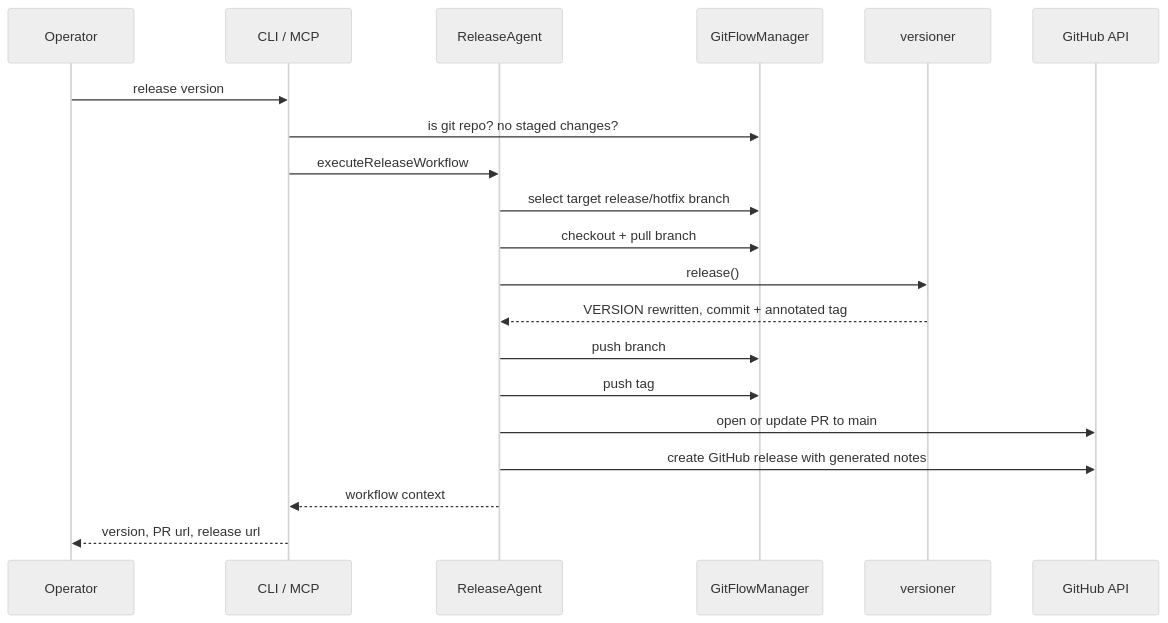
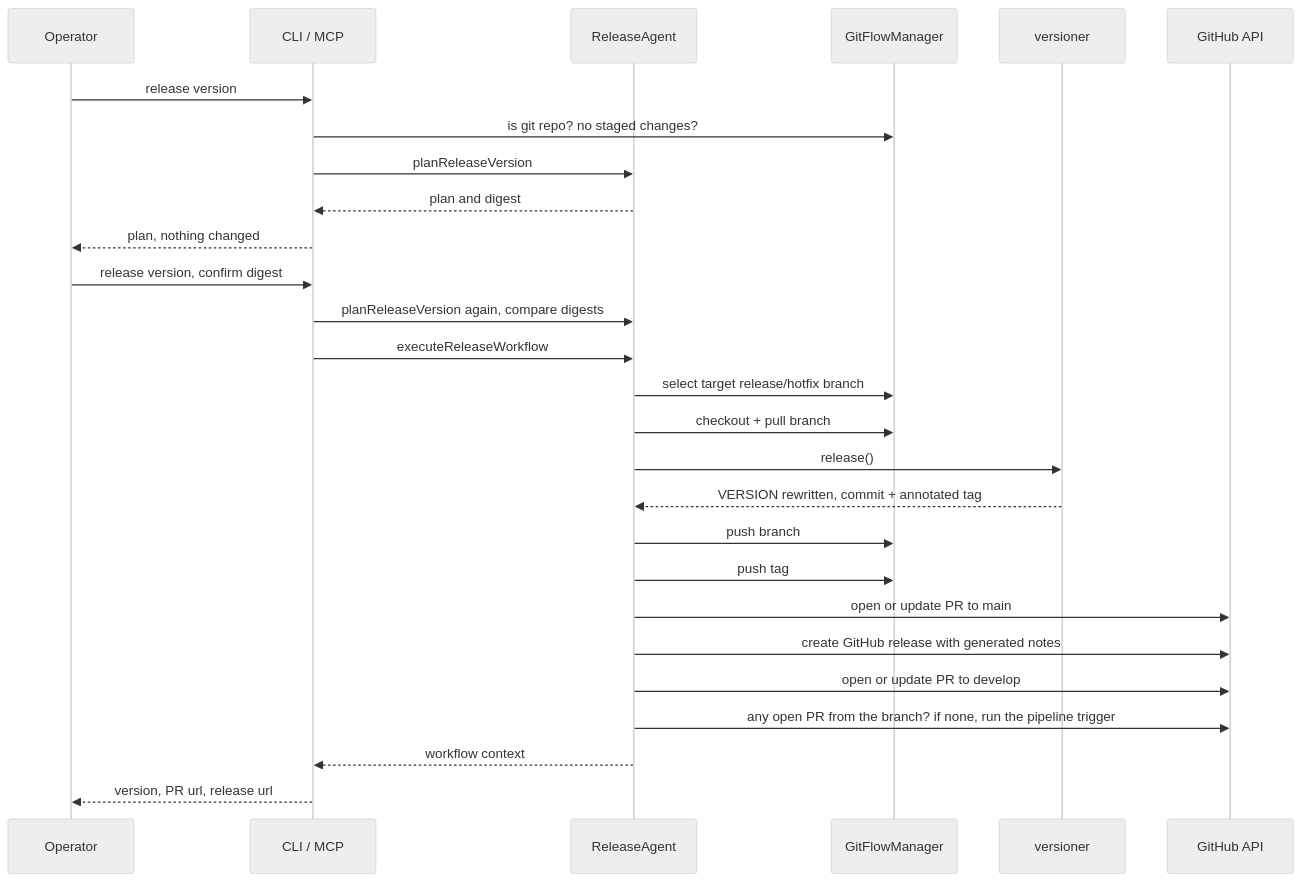
Before and after one commit to officespacesoftware/versioner: the second of 2 diagrams in docs/architecture.md, drawn with Mermaid (neutral theme). The commit also changed other lines of this file and 9 other files, not shown here.

````diff
--- a/docs/architecture.md
+++ b/docs/architecture.md
@@ -176,23 +177,30 @@
 ```mermaid
 sequenceDiagram
   participant Op as Operator
   participant FE as CLI / MCP
   participant RA as ReleaseAgent
   participant GFM as GitFlowManager
   participant V as versioner
   participant GH as GitHub API
 
   Op->>FE: release version
   FE->>GFM: is git repo? no staged changes?
+  FE->>RA: planReleaseVersion
+  RA-->>FE: plan and digest
+  FE-->>Op: plan, nothing changed
+  Op->>FE: release version, confirm digest
+  FE->>RA: planReleaseVersion again, compare digests
   FE->>RA: executeReleaseWorkflow
   RA->>GFM: select target release/hotfix branch
   RA->>GFM: checkout + pull branch
   RA->>V: release()
   V-->>RA: VERSION rewritten, commit + annotated tag
   RA->>GFM: push branch
   RA->>GFM: push tag
   RA->>GH: open or update PR to main
   RA->>GH: create GitHub release with generated notes
+  RA->>GH: open or update PR to develop
+  RA->>GH: any open PR from the branch? if none, run the pipeline trigger
   RA-->>FE: workflow context
   FE-->>Op: version, PR url, release url
 ```
````
